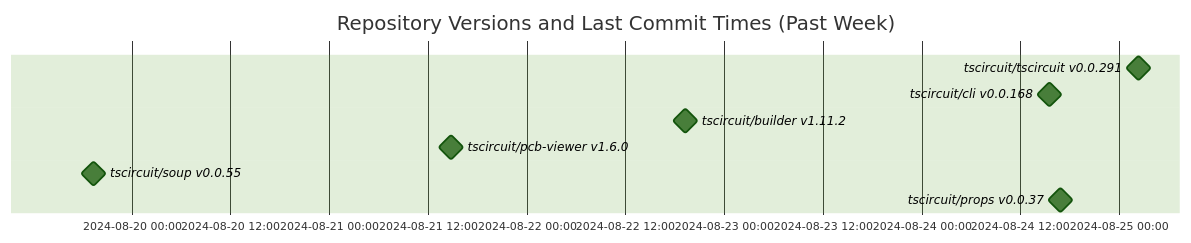
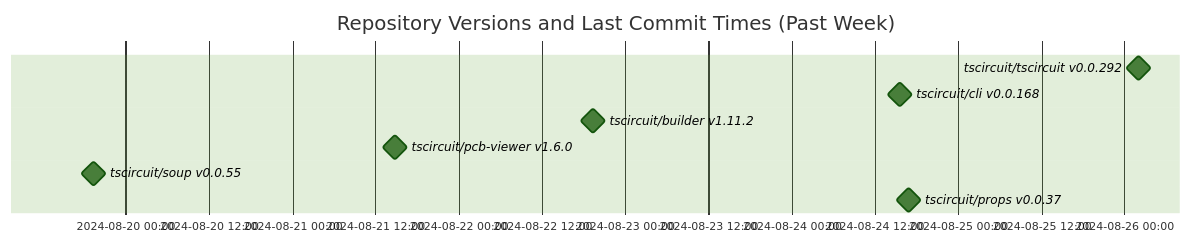
Before and after one commit to tscircuit/version-tracker: the diagram in README.md, drawn with Mermaid (forest theme).

Commit message:
Update chart

````diff
--- a/README.md
+++ b/README.md
@@ -1,13 +1,13 @@
 ```mermaid
 gantt
   dateFormat  YYYY-MM-DD HH:mm:ss
   title Repository Versions and Last Commit Times (Past Week)
   axisFormat %Y-%m-%d %H:%M
 
-  tscircuit/tscircuit v0.0.291 : milestone, 2024-08-25 02:23:34, 1s
+  tscircuit/tscircuit v0.0.292 : milestone, 2024-08-26 01:59:25, 1s
   tscircuit/cli v0.0.168 : milestone, 2024-08-24 15:32:19, 1s
   tscircuit/builder v1.11.2 : milestone, 2024-08-22 19:17:19, 1s
   tscircuit/pcb-viewer v1.6.0 : milestone, 2024-08-21 14:48:25, 1s
   tscircuit/soup v0.0.55 : milestone, 2024-08-19 19:22:24, 1s
   tscircuit/props v0.0.37 : milestone, 2024-08-24 16:52:00, 1s
 ```
````
